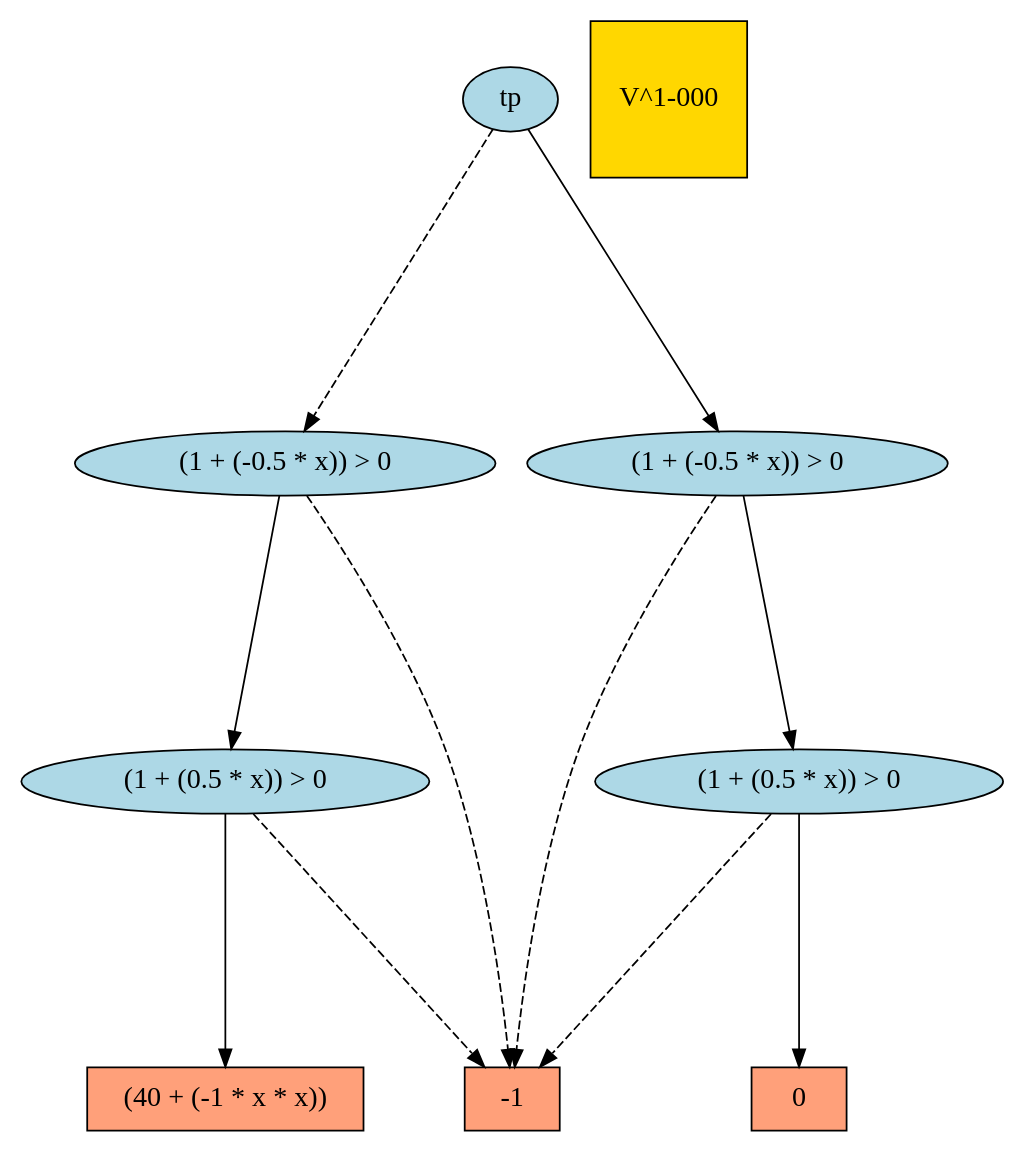
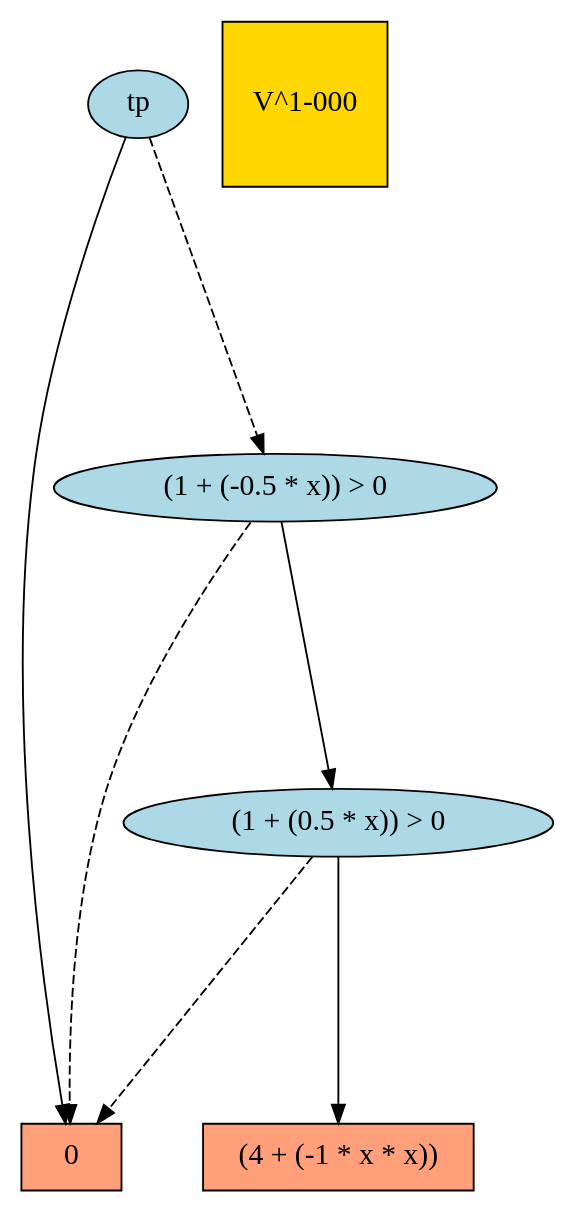
The diagram in src/camdp/ex/jair/results/Rover-nonlinear5-1.cmdp.V_1-000.dot (ssanner/xadd-inference), drawn with Graphviz before and after one commit. The commit also changed 269 other files, not shown here.

```diff
--- a/src/camdp/ex/jair/results/Rover-nonlinear5-1.cmdp.V_1-000.dot
+++ b/src/camdp/ex/jair/results/Rover-nonlinear5-1.cmdp.V_1-000.dot
@@ -1,24 +1,17 @@
 digraph G { 
 graph [ fontname = "Helvetica",fontsize="16",ratio = "auto",
         size="7.5,10",ranksep="2.00" ];
 node [fontsize="16"];
 "1" [label="0",fillcolor=lightsalmon,color=black,shape=box,style=filled];
-"17" [label="(1 + (0.5 * x)) > 0",fillcolor=lightblue,color=black,shape=ellipse,style=filled];
-"18" [label="(1 + (0.5 * x)) > 0",fillcolor=lightblue,color=black,shape=ellipse,style=filled];
-"8" [label="(40 + (-1 * x * x))",fillcolor=lightsalmon,color=black,shape=box,style=filled];
-"26" [label="(1 + (-0.5 * x)) > 0",fillcolor=lightblue,color=black,shape=ellipse,style=filled];
+"19" [label="tp",fillcolor=lightblue,color=black,shape=ellipse,style=filled];
+"18" [label="(1 + (-0.5 * x)) > 0",fillcolor=lightblue,color=black,shape=ellipse,style=filled];
+"8" [label="(4 + (-1 * x * x))",fillcolor=lightsalmon,color=black,shape=box,style=filled];
 "_temp_" [label="V^1-000",fillcolor=gold1,color=black,shape=square,style=filled];
-"27" [label="(1 + (-0.5 * x)) > 0",fillcolor=lightblue,color=black,shape=ellipse,style=filled];
-"28" [label="tp",fillcolor=lightblue,color=black,shape=ellipse,style=filled];
-"12" [label="-1",fillcolor=lightsalmon,color=black,shape=box,style=filled];
-"17" -> "1" [color=black,style=solid];
-"17" -> "12" [color=black,style=dashed];
-"18" -> "8" [color=black,style=solid];
-"18" -> "12" [color=black,style=dashed];
-"26" -> "18" [color=black,style=solid];
-"26" -> "12" [color=black,style=dashed];
-"27" -> "17" [color=black,style=solid];
-"27" -> "12" [color=black,style=dashed];
-"28" -> "26" [color=black,style=dashed];
-"28" -> "27" [color=black,style=solid];
+"14" [label="(1 + (0.5 * x)) > 0",fillcolor=lightblue,color=black,shape=ellipse,style=filled];
+"19" -> "1" [color=black,style=solid];
+"19" -> "18" [color=black,style=dashed];
+"18" -> "1" [color=black,style=dashed];
+"18" -> "14" [color=black,style=solid];
+"14" -> "1" [color=black,style=dashed];
+"14" -> "8" [color=black,style=solid];
 }
```
